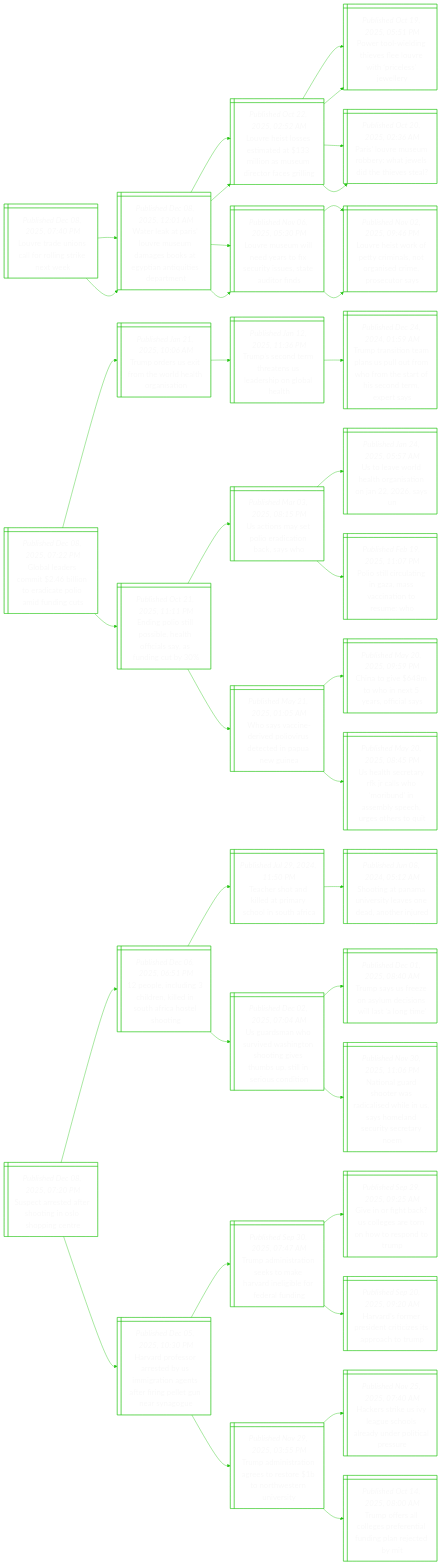
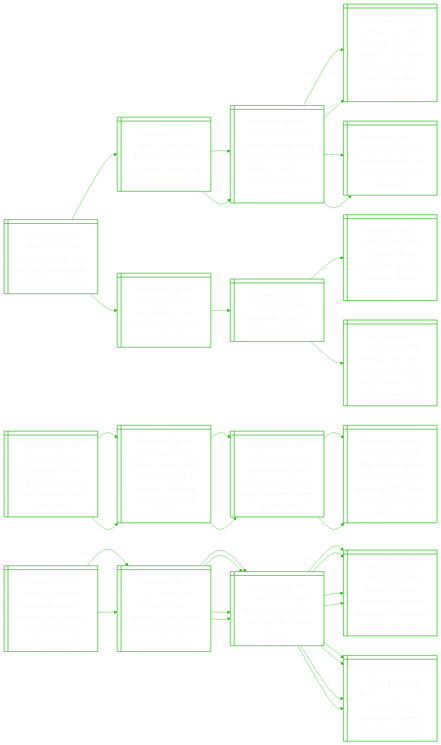
The diagram in README.md (notJmes/notJmes), drawn with Mermaid before and after one commit. The commit also changed other lines of this file, not shown here.

````diff
--- a/README.md
+++ b/README.md
@@ -16,121 +16,109 @@
 flowchart LR
 classDef txtsize font-size:20px;
 
-Leenlogkt@{ shape: win-pane, label: "_Published Dec 08, 2025, 07:40 PM_
-Louvre trade unions call for rolling strike next week" }
-Wltsrembapausrt@{ shape: win-pane, label: "_Published Dec 08, 2025, 12:01 AM_
-Water leak at paris’ louvre museum damages books at egyptian antiquities department" }
-Leteidlaerrsl@{ shape: win-pane, label: "_Published Oct 22, 2025, 02:52 AM_
-Louvre heist losses estimated at $133 million as museum director faces grilling" }
-Ptineluiisey@{ shape: win-pane, label: "_Published Oct 19, 2025, 05:51 PM_
-Power tool-wielding thieves flee louvre with ‘priceless’ jewellery" }
-PLeubhwitea@{ shape: win-pane, label: "_Published Oct 20, 2025, 02:36 AM_
-Paris’ louvre museum robbery: what jewels did the thieves steal?" }
-Leulytsisturs@{ shape: win-pane, label: "_Published Nov 06, 2025, 05:30 PM_
-Louvre museum will need years to fix security issues, state auditor finds" }
-Letotmsrsioty@{ shape: win-pane, label: "_Published Nov 02, 2025, 09:46 PM_
-Louvre heist work of petty criminals, not organised crime, prosecutor says" }
-Wltsrembapausrt@{ shape: win-pane, label: "_Published Dec 08, 2025, 12:01 AM_
-Water leak at paris’ louvre museum damages books at egyptian antiquities department" }
-Leteidlaerrsl@{ shape: win-pane, label: "_Published Oct 22, 2025, 02:52 AM_
-Louvre heist losses estimated at $133 million as museum director faces grilling" }
-Ptineluiisey@{ shape: win-pane, label: "_Published Oct 19, 2025, 05:51 PM_
-Power tool-wielding thieves flee louvre with ‘priceless’ jewellery" }
-PLeubhwitea@{ shape: win-pane, label: "_Published Oct 20, 2025, 02:36 AM_
-Paris’ louvre museum robbery: what jewels did the thieves steal?" }
-Leulytsisturs@{ shape: win-pane, label: "_Published Nov 06, 2025, 05:30 PM_
-Louvre museum will need years to fix security issues, state auditor finds" }
-Letotmsrsioty@{ shape: win-pane, label: "_Published Nov 02, 2025, 09:46 PM_
-Louvre heist work of petty criminals, not organised crime, prosecutor says" }
+TsesxidrsAe@{ shape: win-pane, label: "_Published Dec 08, 2025, 11:44 PM_
+Trump says he will sign executive order curbing state ai rules" }
+SCPeerlSr@{ shape: win-pane, label: "_Published Nov 20, 2025, 02:08 AM_
+Saudi crown prince hosted at friendlier us congress" }
+Tdddnersdiinst@{ shape: win-pane, label: "_Published Nov 19, 2025, 12:28 AM_
+Trump defends saudi prince over journalist murder, hails $1.3 trillion investment vow" }
+Mrusnrsasikeprsc@{ shape: win-pane, label: "_Published Oct 20, 2018, 12:23 PM_
+Murder of saudi dissident journalist jamal khashoggi: a look at the main players and suspects" }
+TttBsailn@{ shape: win-pane, label: "_Published Nov 19, 2025, 05:25 AM_
+Trump threatens abc news in oval office meltdown" }
+Tdddnersdiinst@{ shape: win-pane, label: "_Published Nov 19, 2025, 12:28 AM_
+Trump defends saudi prince over journalist murder, hails $1.3 trillion investment vow" }
+Mrusnrsasikeprsc@{ shape: win-pane, label: "_Published Oct 20, 2018, 12:23 PM_
+Murder of saudi dissident journalist jamal khashoggi: a look at the main players and suspects" }
+TttBsailn@{ shape: win-pane, label: "_Published Nov 19, 2025, 05:25 AM_
+Trump threatens abc news in oval office meltdown" }
+Urouwpfsao@{ shape: win-pane, label: "_Published Dec 08, 2025, 11:15 PM_
+Us supreme court turns away appeal of texas library book ban" }
+Psfbgtos@{ shape: win-pane, label: "_Published Oct 19, 2025, 02:50 PM_
+Publishers fight back against us book bans" }
+Crolnitdipsw@{ shape: win-pane, label: "_Published Mar 18, 2023, 04:06 PM_
+Censorship or evolution? ‘sensitivity readers’ divide publishing world" }
+Enllcrnasdree@{ shape: win-pane, label: "_Published Feb 21, 2023, 05:00 PM_
+Editing roald dahl: help children to navigate history, don’t try to rewrite it" }
 
-Leenlogkt:::txtsize --> Wltsrembapausrt:::txtsize
-Wltsrembapausrt:::txtsize --> Leteidlaerrsl:::txtsize
-Leteidlaerrsl:::txtsize --> Ptineluiisey:::txtsize
-Leteidlaerrsl:::txtsize --> PLeubhwitea:::txtsize
-Wltsrembapausrt:::txtsize --> Leulytsisturs:::txtsize
-Leulytsisturs:::txtsize --> Letotmsrsioty:::txtsize
-Leenlogkt:::txtsize --> Wltsrembapausrt:::txtsize
-Wltsrembapausrt:::txtsize --> Leteidlaerrsl:::txtsize
-Leteidlaerrsl:::txtsize --> Ptineluiisey:::txtsize
-Leteidlaerrsl:::txtsize --> PLeubhwitea:::txtsize
-Wltsrembapausrt:::txtsize --> Leulytsisturs:::txtsize
-Leulytsisturs:::txtsize --> Letotmsrsioty:::txtsize
+TsesxidrsAe:::txtsize --> SCPeerlSr:::txtsize
+SCPeerlSr:::txtsize --> Tdddnersdiinst:::txtsize
+Tdddnersdiinst:::txtsize --> Mrusnrsasikeprsc:::txtsize
+Tdddnersdiinst:::txtsize --> TttBsailn:::txtsize
+SCPeerlSr:::txtsize --> Tdddnersdiinst:::txtsize
+Tdddnersdiinst:::txtsize --> Mrusnrsasikeprsc:::txtsize
+Tdddnersdiinst:::txtsize --> TttBsailn:::txtsize
+TsesxidrsAe:::txtsize --> Urouwpfsao:::txtsize
+Urouwpfsao:::txtsize --> Psfbgtos:::txtsize
+Psfbgtos:::txtsize --> Crolnitdipsw:::txtsize
+Psfbgtos:::txtsize --> Enllcrnasdree:::txtsize
 
-Gleminatidit@{ shape: win-pane, label: "_Published Dec 08, 2025, 07:22 PM_
-Global leaders commit $2.46 billion to eradicate polio amid funding cuts" }
-TosimoeOio@{ shape: win-pane, label: "_Published Jan 21, 2025, 10:06 AM_
-Trump orders us exit from the world health organisation" }
-TsnmaUdilhh@{ shape: win-pane, label: "_Published Jan 12, 2025, 11:36 PM_
-Trump’s second term threatens us leadership on global health" }
-TtitlSoofhriorey@{ shape: win-pane, label: "_Published Dec 24, 2024, 01:59 AM_
-Trump transition team plans us pull out from who from the start of his second term, expert says" }
-Egolieoiaugy@{ shape: win-pane, label: "_Published Oct 21, 2025, 11:11 PM_
-Ending polio still possible, health officials say, as funding cut by 30%" }
-UiapecnsH@{ shape: win-pane, label: "_Published Mar 03, 2025, 08:15 PM_
-Us actions may set polio eradication back, says who" }
-UeoeOioas@{ shape: win-pane, label: "_Published Jan 24, 2025, 05:57 AM_
-Us to leave world health organisation on jan 22, 2026, says un" }
-PsclgzsioeW@{ shape: win-pane, label: "_Published Feb 19, 2025, 11:07 PM_
-Polio still circulating in gaza, mass vaccination to resume: who" }
-Wycedoscnau@{ shape: win-pane, label: "_Published May 21, 2025, 01:05 AM_
-Who says vaccine-derived poliovirus detected in papua new guinea" }
-CteHeafl@{ shape: win-pane, label: "_Published May 20, 2025, 09:59 PM_
-China to give $648m to who in next 5 years, official says" }
-UlcrJlmuaberttt@{ shape: win-pane, label: "_Published May 20, 2025, 08:45 PM_
-Us health secretary rfk jr calls who ‘moribund’ in assembly speech, urges others to quit" }
+PoainidaBie@{ shape: win-pane, label: "_Published Dec 08, 2025, 11:30 PM_
+Paramount makes $140.7 billion hostile bid for warner bros discovery" }
+Niunocydtiimh@{ shape: win-pane, label: "_Published Dec 05, 2025, 08:40 PM_
+Netflix to buy warner bros discovery’s studios, streaming unit for more than $93b" }
+Nixilbrrsreua@{ shape: win-pane, label: "_Published Dec 05, 2025, 02:40 PM_
+Netflix in exclusive talks to buy warner bros discovery assets, source says" }
+BnmosaAtoppubsg@{ shape: win-pane, label: "_Published Dec 04, 2025, 02:29 PM_
+Bad bunny named spotify’s global top artiste in 2025, rose’s apt. is apple music’s biggest song" }
+Niunocydtiimh@{ shape: win-pane, label: "_Published Dec 05, 2025, 08:40 PM_
+Netflix to buy warner bros discovery’s studios, streaming unit for more than $93b" }
+Nixilbrrsreua@{ shape: win-pane, label: "_Published Dec 05, 2025, 02:40 PM_
+Netflix in exclusive talks to buy warner bros discovery assets, source says" }
+BnmosaAtoppubsg@{ shape: win-pane, label: "_Published Dec 04, 2025, 02:29 PM_
+Bad bunny named spotify’s global top artiste in 2025, rose’s apt. is apple music’s biggest song" }
 
-Gleminatidit:::txtsize --> TosimoeOio:::txtsize
-TosimoeOio:::txtsize --> TsnmaUdilhh:::txtsize
-TsnmaUdilhh:::txtsize --> TtitlSoofhriorey:::txtsize
-Gleminatidit:::txtsize --> Egolieoiaugy:::txtsize
-Egolieoiaugy:::txtsize --> UiapecnsH:::txtsize
-UiapecnsH:::txtsize --> UeoeOioas:::txtsize
-UiapecnsH:::txtsize --> PsclgzsioeW:::txtsize
-Egolieoiaugy:::txtsize --> Wycedoscnau:::txtsize
-Wycedoscnau:::txtsize --> CteHeafl:::txtsize
-Wycedoscnau:::txtsize --> UlcrJlmuaberttt:::txtsize
+PoainidaBie:::txtsize --> Niunocydtiimh:::txtsize
+Niunocydtiimh:::txtsize --> Nixilbrrsreua:::txtsize
+Nixilbrrsreua:::txtsize --> BnmosaAtoppubsg:::txtsize
+PoainidaBie:::txtsize --> Niunocydtiimh:::txtsize
+Niunocydtiimh:::txtsize --> Nixilbrrsreua:::txtsize
+Nixilbrrsreua:::txtsize --> BnmosaAtoppubsg:::txtsize
 
-SceasiOhnt@{ shape: win-pane, label: "_Published Dec 08, 2025, 07:20 PM_
-Suspect arrested after shooting in oslo shopping centre" }
-peucrlnhctog@{ shape: win-pane, label: "_Published Dec 06, 2025, 06:51 PM_
-12 people, including 3 children, killed in south africa hostel shooting" }
-Tetiamciti@{ shape: win-pane, label: "_Published Jul 29, 2024, 11:50 PM_
-Teacher shot and killed at primary school in south africa" }
-SiPaeyednrr@{ shape: win-pane, label: "_Published Jun 08, 2024, 05:12 AM_
-Shooting at panama university leaves one dead, another injured" }
-Urnuehoogtsisudn@{ shape: win-pane, label: "_Published Dec 02, 2025, 07:04 AM_
-Us guardsman who survived washington shooting gives thumbs up, still in serious condition" }
-TsSzsdiisne@{ shape: win-pane, label: "_Published Dec 01, 2025, 08:40 AM_
-Trump says us freeze on asylum decisions will last ‘a long time’" }
-NnaowdihnyeSicrm@{ shape: win-pane, label: "_Published Nov 30, 2025, 11:06 PM_
-National guard shooter was radicalised while in us, says homeland security secretary noem" }
-Hrfrsymtgafgenyg@{ shape: win-pane, label: "_Published Dec 05, 2025, 10:30 PM_
-Harvard professor arrested by us immigration agents after firing pellet gun near synagogue" }
-TaiteoHrllfad@{ shape: win-pane, label: "_Published Sep 30, 2025, 07:47 AM_
-Trump administration seeks to make harvard ineligible for federal funding" }
-GngcoetnooT@{ shape: win-pane, label: "_Published Sep 29, 2025, 09:25 AM_
-Give in or fight back? us colleges are torn on how to respond to trump" }
-Hrrreizsoop@{ shape: win-pane, label: "_Published Sep 20, 2025, 09:20 AM_
-Harvard’s former president criticizes its approach to trump" }
-Taitgtttttns@{ shape: win-pane, label: "_Published Nov 29, 2025, 03:55 PM_
-Trump administration agrees to restore $1b to northwestern university" }
-HriIacsadlas@{ shape: win-pane, label: "_Published Nov 25, 2025, 07:40 AM_
-Hackers strike us ivy league schools already under political pressure" }
-TosoeftugrtM@{ shape: win-pane, label: "_Published Oct 14, 2025, 08:00 AM_
-Trump offers all colleges preferential funding plan rejected by mit" }
+EeaZslkoaciri@{ shape: win-pane, label: "_Published Dec 08, 2025, 11:20 PM_
+European leaders, zelensky hold talks in london at ‘crucial’ time for ukraine" }
+ZsyaptwStita@{ shape: win-pane, label: "_Published Dec 08, 2025, 06:36 AM_
+Zelensky says ukraine’s peace talks with us constructive but not easy" }
+NaottirUk@{ shape: win-pane, label: "_Published Dec 07, 2025, 03:48 AM_
+No breakthrough at ‘constructive’ ukraine-us talks" }
+RansskerrocKa@{ shape: win-pane, label: "_Published Dec 06, 2025, 09:11 PM_
+Russian drones, missiles hit ukraine power and transport sectors, kyiv says" }
+Fermekrnznn@{ shape: win-pane, label: "_Published Dec 07, 2025, 12:16 AM_
+France’s macron to meet zelensky, starmer and merz in london on dec 8" }
+NaottirUk@{ shape: win-pane, label: "_Published Dec 07, 2025, 03:48 AM_
+No breakthrough at ‘constructive’ ukraine-us talks" }
+RansskerrocKa@{ shape: win-pane, label: "_Published Dec 06, 2025, 09:11 PM_
+Russian drones, missiles hit ukraine power and transport sectors, kyiv says" }
+Fermekrnznn@{ shape: win-pane, label: "_Published Dec 07, 2025, 12:16 AM_
+France’s macron to meet zelensky, starmer and merz in london on dec 8" }
+ZsyaptwStita@{ shape: win-pane, label: "_Published Dec 08, 2025, 06:36 AM_
+Zelensky says ukraine’s peace talks with us constructive but not easy" }
+NaottirUk@{ shape: win-pane, label: "_Published Dec 07, 2025, 03:48 AM_
+No breakthrough at ‘constructive’ ukraine-us talks" }
+RansskerrocKa@{ shape: win-pane, label: "_Published Dec 06, 2025, 09:11 PM_
+Russian drones, missiles hit ukraine power and transport sectors, kyiv says" }
+Fermekrnznn@{ shape: win-pane, label: "_Published Dec 07, 2025, 12:16 AM_
+France’s macron to meet zelensky, starmer and merz in london on dec 8" }
+NaottirUk@{ shape: win-pane, label: "_Published Dec 07, 2025, 03:48 AM_
+No breakthrough at ‘constructive’ ukraine-us talks" }
+RansskerrocKa@{ shape: win-pane, label: "_Published Dec 06, 2025, 09:11 PM_
+Russian drones, missiles hit ukraine power and transport sectors, kyiv says" }
+Fermekrnznn@{ shape: win-pane, label: "_Published Dec 07, 2025, 12:16 AM_
+France’s macron to meet zelensky, starmer and merz in london on dec 8" }
 
-SceasiOhnt:::txtsize --> peucrlnhctog:::txtsize
-peucrlnhctog:::txtsize --> Tetiamciti:::txtsize
-Tetiamciti:::txtsize --> SiPaeyednrr:::txtsize
-peucrlnhctog:::txtsize --> Urnuehoogtsisudn:::txtsize
-Urnuehoogtsisudn:::txtsize --> TsSzsdiisne:::txtsize
-Urnuehoogtsisudn:::txtsize --> NnaowdihnyeSicrm:::txtsize
-SceasiOhnt:::txtsize --> Hrfrsymtgafgenyg:::txtsize
-Hrfrsymtgafgenyg:::txtsize --> TaiteoHrllfad:::txtsize
-TaiteoHrllfad:::txtsize --> GngcoetnooT:::txtsize
-TaiteoHrllfad:::txtsize --> Hrrreizsoop:::txtsize
-Hrfrsymtgafgenyg:::txtsize --> Taitgtttttns:::txtsize
-Taitgtttttns:::txtsize --> HriIacsadlas:::txtsize
-Taitgtttttns:::txtsize --> TosoeftugrtM:::txtsize
+EeaZslkoaciri:::txtsize --> ZsyaptwStita:::txtsize
+ZsyaptwStita:::txtsize --> NaottirUk:::txtsize
+NaottirUk:::txtsize --> RansskerrocKa:::txtsize
+NaottirUk:::txtsize --> Fermekrnznn:::txtsize
+ZsyaptwStita:::txtsize --> NaottirUk:::txtsize
+NaottirUk:::txtsize --> RansskerrocKa:::txtsize
+NaottirUk:::txtsize --> Fermekrnznn:::txtsize
+EeaZslkoaciri:::txtsize --> ZsyaptwStita:::txtsize
+ZsyaptwStita:::txtsize --> NaottirUk:::txtsize
+NaottirUk:::txtsize --> RansskerrocKa:::txtsize
+NaottirUk:::txtsize --> Fermekrnznn:::txtsize
+ZsyaptwStita:::txtsize --> NaottirUk:::txtsize
+NaottirUk:::txtsize --> RansskerrocKa:::txtsize
+NaottirUk:::txtsize --> Fermekrnznn:::txtsize
 
 ```
````
